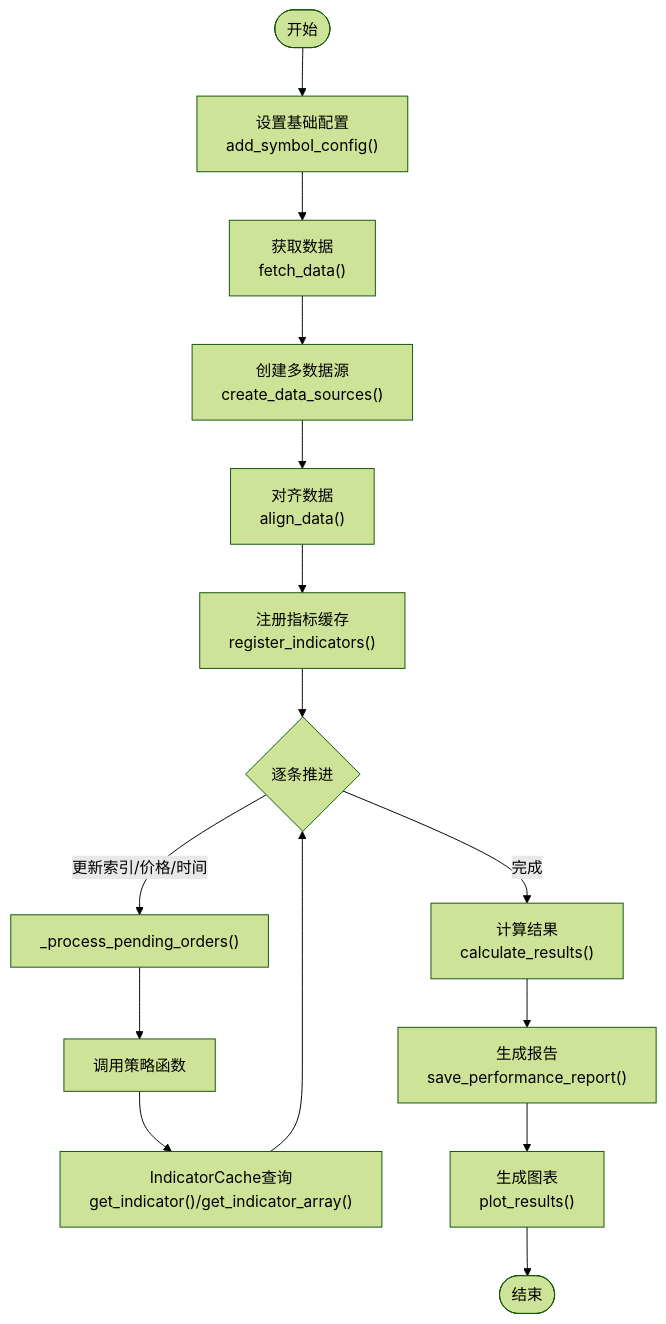
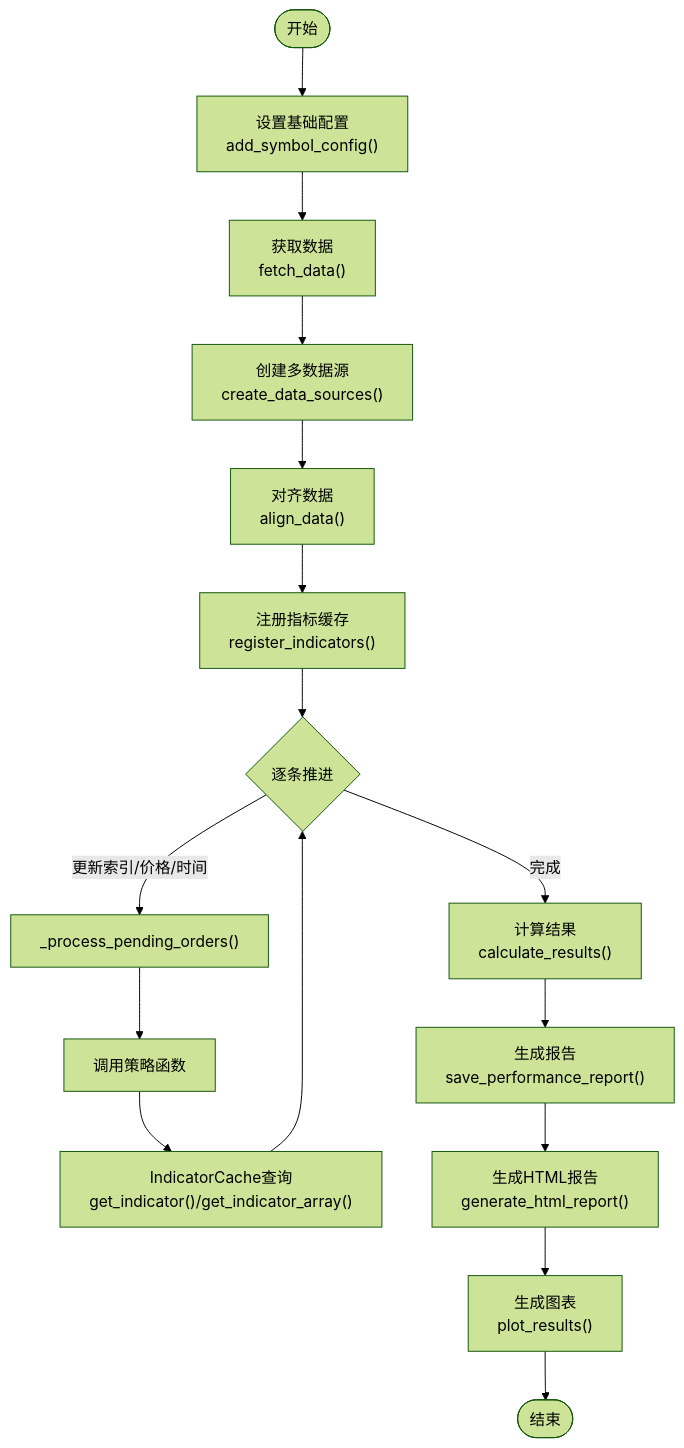
One commit to maxtwoon/ssquant changed the third of 8 diagrams in .qoder/repowiki/zh/content/回测引擎详解/回测引擎详解.md. Above: the diagram before and after it, drawn with Mermaid (forest theme). The commit also changed other lines of this file and 21 other files, not shown here.

````diff
--- a/.qoder/repowiki/zh/content/回测引擎详解/回测引擎详解.md
+++ b/.qoder/repowiki/zh/content/回测引擎详解/回测引擎详解.md
@@ -183,17 +194,18 @@
 ```mermaid
 flowchart TD
 Start(["开始"]) --> Cfg["设置基础配置<br/>add_symbol_config()"]
 Cfg --> Fetch["获取数据<br/>fetch_data()"]
 Fetch --> Create["创建多数据源<br/>create_data_sources()"]
 Create --> Align["对齐数据<br/>align_data()"]
 Align --> Reg["注册指标缓存<br/>register_indicators()"]
 Reg --> Loop{"逐条推进"}
 Loop --> |更新索引/价格/时间| Orders["_process_pending_orders()"]
 Orders --> Call["调用策略函数"]
 Call --> IC["IndicatorCache查询<br/>get_indicator()/get_indicator_array()"]
 IC --> Loop
 Loop --> |完成| Calc["计算结果<br/>calculate_results()"]
 Calc --> Report["生成报告<br/>save_performance_report()"]
-Report --> Chart["生成图表<br/>plot_results()"]
+Report --> HTML["生成HTML报告<br/>generate_html_report()"]
+HTML --> Chart["生成图表<br/>plot_results()"]
 Chart --> End(["结束"])
 ```
````
